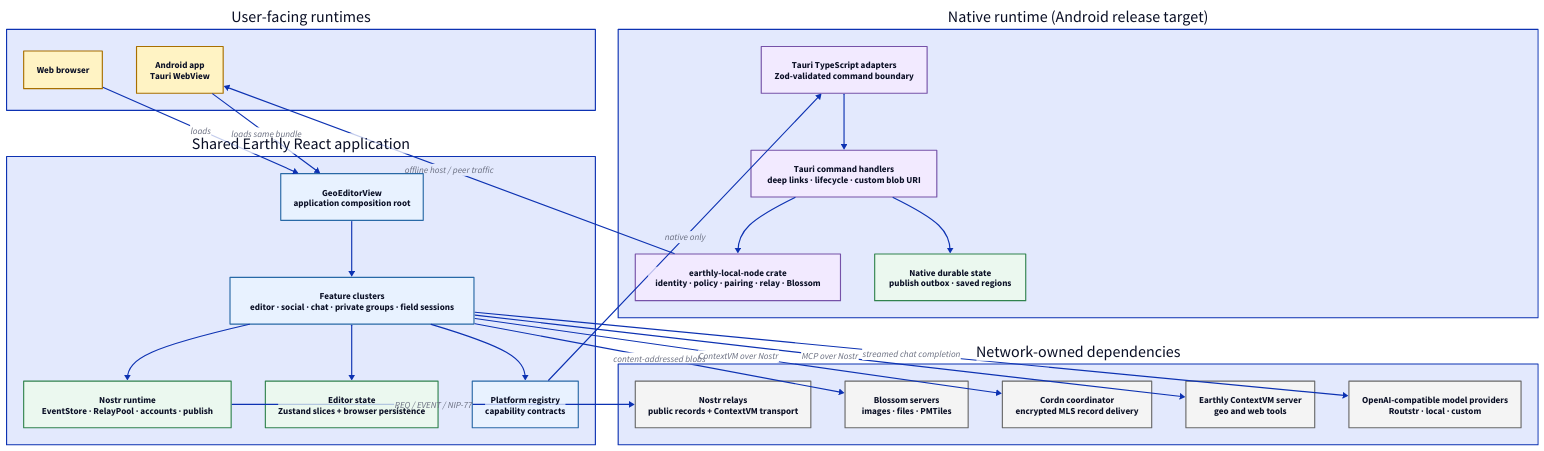
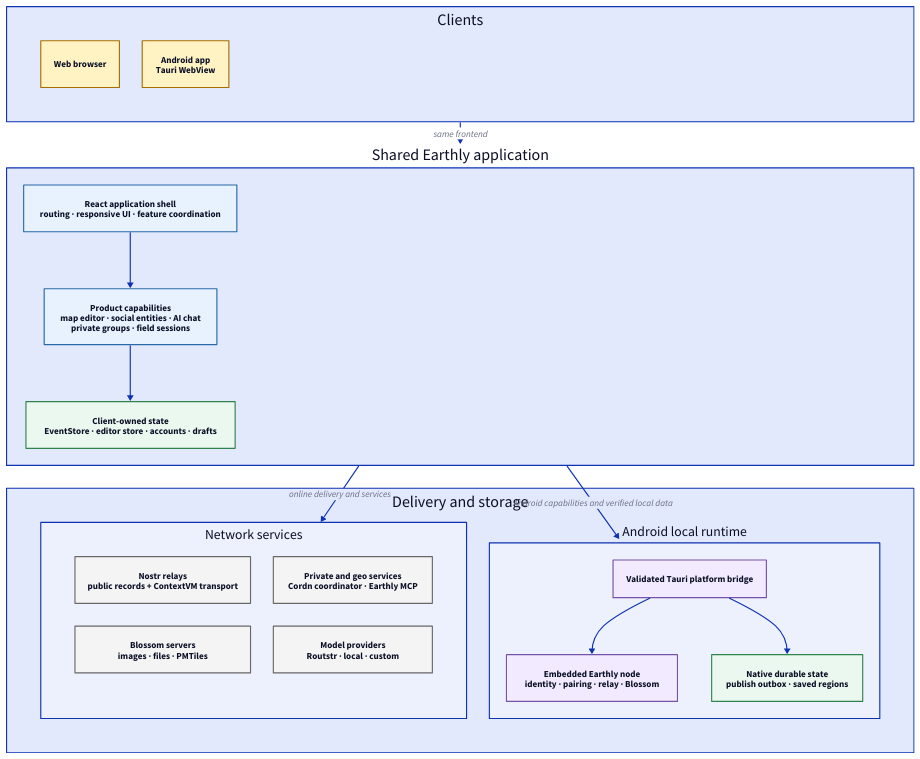
One commit to zeSchlausKwab/earthly changed the diagram in docs/architecture/diagrams/system-context.d2. Above: the diagram before and after it, drawn with D2. The commit also changed 2 other files, not shown here.

Commit message:
docs: make architecture overview readable
Replace the dense README SVG with a compact top-to-bottom Mermaid overview. Simplify and vertically stack the detailed D2 system context so its labels remain readable at normal Markdown width.

```diff
--- a/docs/architecture/diagrams/system-context.d2
+++ b/docs/architecture/diagrams/system-context.d2
@@ -1,75 +1,67 @@
-grid-columns: 2
+grid-columns: 1
 
 classes: {
   entry: {
     style.fill: "#fff3c4"
     style.stroke: "#a86f00"
     style.stroke-width: 2
   }
   core: {
     style.fill: "#e8f2ff"
     style.stroke: "#2869a6"
   }
   state: {
     style.fill: "#ebf8ef"
     style.stroke: "#31834e"
   }
-  native: {
+  seam: {
     style.fill: "#f2eaff"
     style.stroke: "#7652a8"
+    style.stroke-width: 2
   }
   external: {
     style.fill: "#f4f4f4"
     style.stroke: "#686868"
   }
 }
 
-clients: "User-facing runtimes" {
-  direction: down
+clients: "Clients" {
+  grid-columns: 2
   web: "Web browser" { class: entry }
   android: "Android app\nTauri WebView" { class: entry }
 }
 
-application: "Shared Earthly React application" {
+application: "Shared Earthly application" {
   direction: down
-  shell: "GeoEditorView\napplication composition root" { class: core }
-  features: "Feature clusters\neditor · social · chat · private groups · field sessions" { class: core }
-  nostr: "Nostr runtime\nEventStore · RelayPool · accounts · publish" { class: state }
-  editor_state: "Editor state\nZustand slices + browser persistence" { class: state }
-  platform: "Platform registry\ncapability contracts" { class: core }
+  shell: "React application shell\nrouting · responsive UI · feature coordination" { class: core }
+  capabilities: "Product capabilities\nmap editor · social entities · AI chat\nprivate groups · field sessions" { class: core }
+  data: "Client-owned state\nEventStore · editor store · accounts · drafts" { class: state }
 
-  shell -> features
-  features -> nostr
-  features -> editor_state
-  features -> platform
+  shell -> capabilities -> data
 }
 
-native_runtime: "Native runtime (Android release target)" {
-  direction: down
-  adapters: "Tauri TypeScript adapters\nZod-validated command boundary" { class: native }
-  commands: "Tauri command handlers\ndeep links · lifecycle · custom blob URI" { class: native }
-  node: "earthly-local-node crate\nidentity · policy · pairing · relay · Blossom" { class: native }
-  sqlite: "Native durable state\npublish outbox · saved regions" { class: state }
+delivery: "Delivery and storage" {
+  grid-columns: 2
 
-  adapters -> commands -> node
-  commands -> sqlite
+  network: "Network services" {
+    grid-columns: 2
+    nostr: "Nostr relays\npublic records + ContextVM transport" { class: external }
+    blossom: "Blossom servers\nimages · files · PMTiles" { class: external }
+    coordination: "Private and geo services\nCordn coordinator · Earthly MCP" { class: external }
+    models: "Model providers\nRoutstr · local · custom" { class: external }
+  }
+
+  native: "Android local runtime" {
+    direction: down
+    bridge: "Validated Tauri platform bridge" { class: seam }
+    node: "Embedded Earthly node\nidentity · pairing · relay · Blossom" { class: seam }
+    durable: "Native durable state\npublish outbox · saved regions" { class: state }
+
+    bridge -> node
+    bridge -> durable
+  }
 }
 
-network: "Network-owned dependencies" {
-  direction: down
-  relays: "Nostr relays\npublic records + ContextVM transport" { class: external }
-  blossom: "Blossom servers\nimages · files · PMTiles" { class: external }
-  cordn: "Cordn coordinator\nencrypted MLS record delivery" { class: external }
-  geo_mcp: "Earthly ContextVM server\ngeo and web tools" { class: external }
-  llm: "OpenAI-compatible model providers\nRoutstr · local · custom" { class: external }
-}
-
-clients.web -> application.shell: "loads"
-clients.android -> application.shell: "loads same bundle"
-application.platform -> native_runtime.adapters: "native only"
-application.nostr -> network.relays: "REQ / EVENT / NIP-77"
-application.features -> network.blossom: "content-addressed blobs"
-application.features -> network.cordn: "ContextVM over Nostr"
-application.features -> network.geo_mcp: "MCP over Nostr"
-application.features -> network.llm: "streamed chat completion"
-native_runtime.node -> clients.android: "offline host / peer traffic"
+clients -> application: "same frontend"
+application -> delivery.network: "online delivery and services"
+application -> delivery.native: "Android capabilities and verified local data"
```
